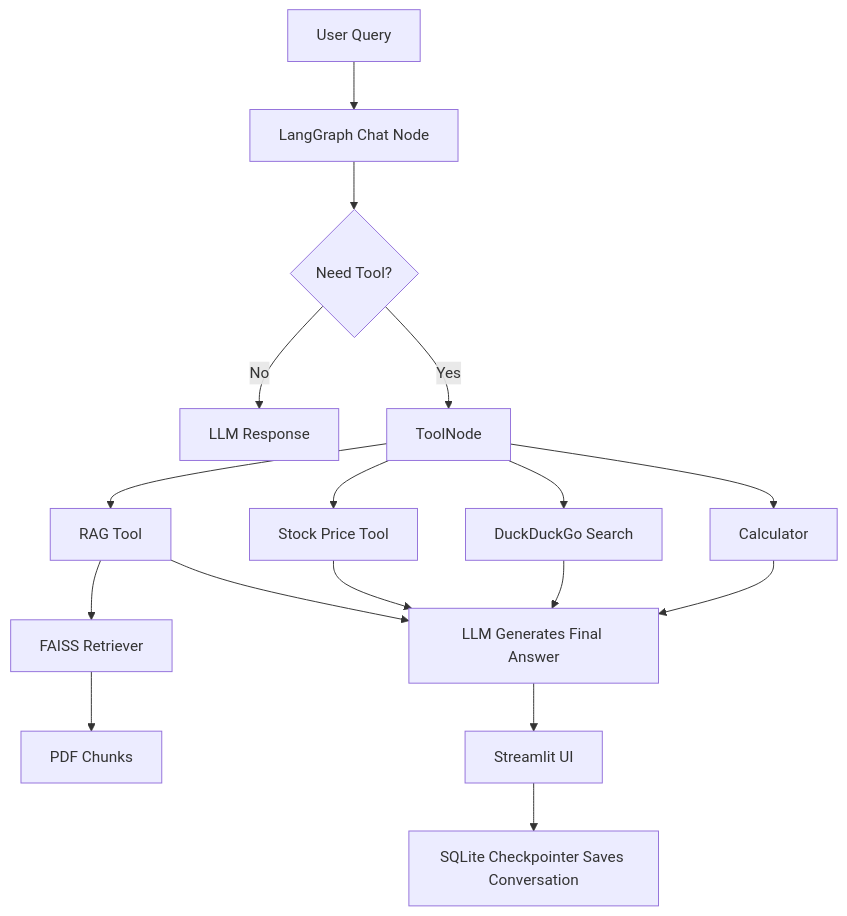
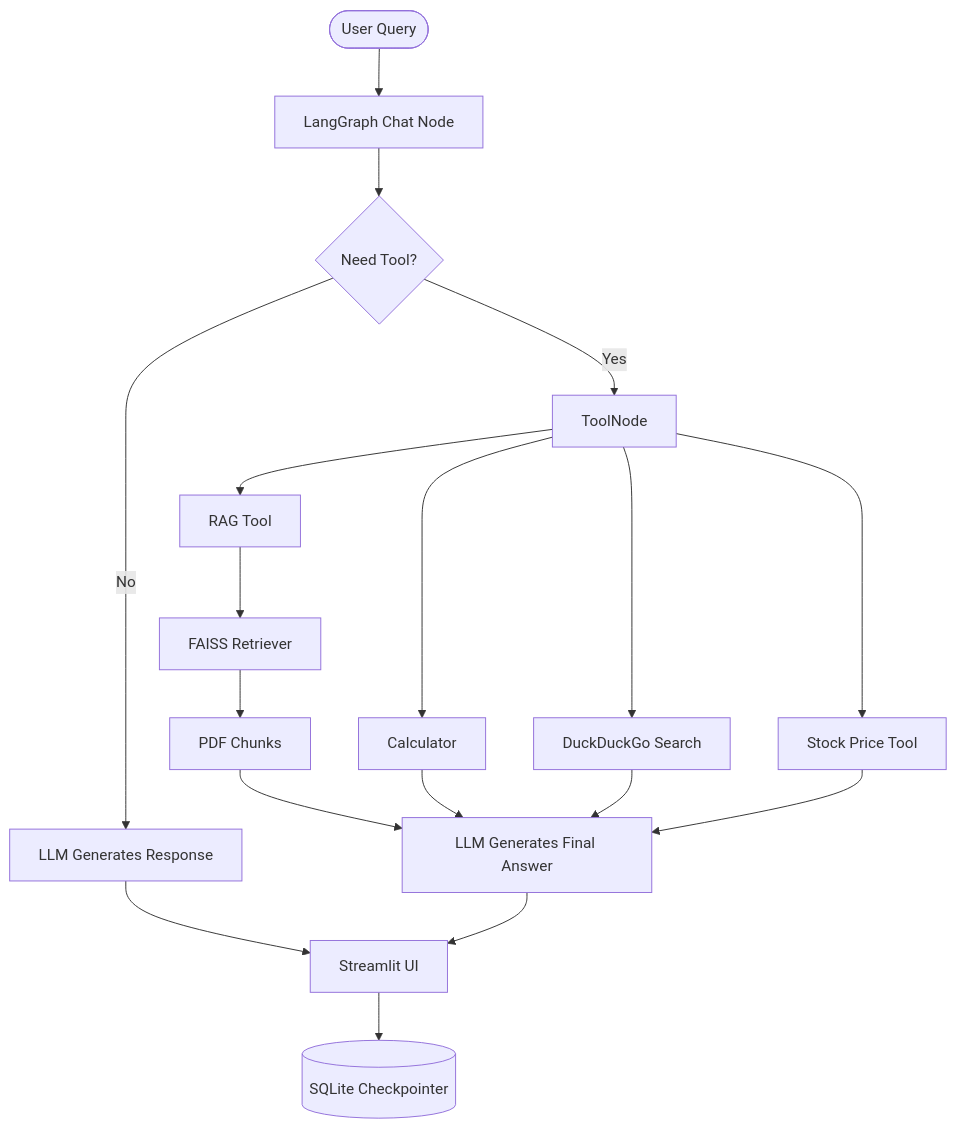
The diagram in README.md (Amri-20/ChatBot), drawn with Mermaid before and after one commit.

Commit message:
README file updated

````diff
--- a/README.md
+++ b/README.md
@@ -71,39 +71,46 @@
 ```mermaid
 flowchart TD
 
-A[User Query]
+    A([User Query])
+    B[LangGraph Chat Node]
+    C{Need Tool?}
 
-A --> B[LangGraph Chat Node]
+    D[LLM Generates Response]
+    E[ToolNode]
 
-B --> C{Need Tool?}
+    F[Calculator]
+    G[DuckDuckGo Search]
+    H[Stock Price Tool]
+    I[RAG Tool]
 
-C -- No --> D[LLM Response]
+    J[FAISS Retriever]
+    K[PDF Chunks]
 
-C -- Yes --> E[ToolNode]
+    L[LLM Generates Final Answer]
+    M[Streamlit UI]
+    N[(SQLite Checkpointer)]
 
-E --> F[Calculator]
+    A --> B
+    B --> C
 
-E --> G[DuckDuckGo Search]
+    C -- No --> D
+    D --> M
 
-E --> H[Stock Price Tool]
+    C -- Yes --> E
 
-E --> I[RAG Tool]
+    E --> F
+    E --> G
+    E --> H
+    E --> I
 
-I --> J[FAISS Retriever]
+    I --> J
+    J --> K
+    K --> L
 
-J --> K[PDF Chunks]
+    F --> L
+    G --> L
+    H --> L
 
-F --> L
-
-G --> L
-
-H --> L
-
-I --> L
-
-L[LLM Generates Final Answer]
-
-L --> M[Streamlit UI]
-
-M --> N[SQLite Checkpointer Saves Conversation]
+    L --> M
+    M --> N
 ```
````
